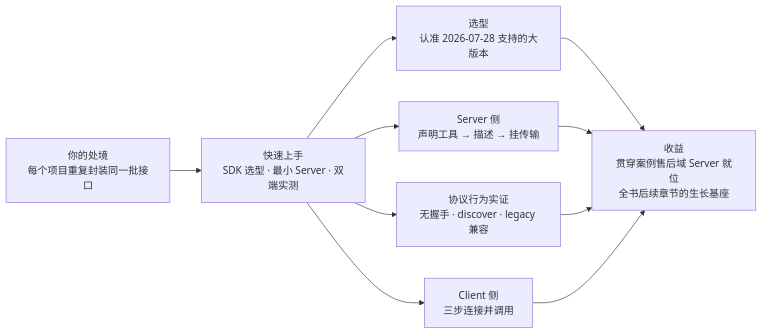
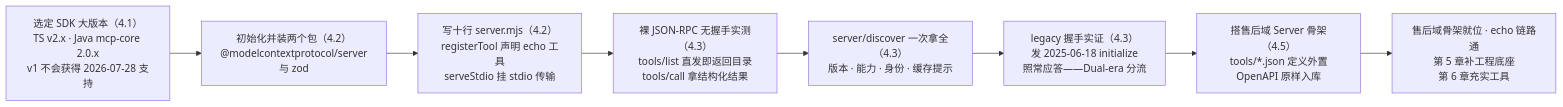
The first of 2 diagrams in books/mcp/chapters/04-quickstart.md (ybak/ai-tutorial), drawn with Mermaid before and after one commit. The commit also changed other lines of this file and 8 other files, not shown here.

First line of the commit message:
docs(mcp): 章首图升级为操作流程图——写作指南双图式规范落地

````diff
--- a/books/mcp/chapters/04-quickstart.md
+++ b/books/mcp/chapters/04-quickstart.md
@@ -11,12 +11,10 @@
 ```mermaid
 flowchart LR
-    A["你的处境<br/>每个项目重复封装同一批接口"] --> B["快速上手<br/>SDK 选型 · 最小 Server · 双端实测"]
-    B --> C["选型<br/>认准 2026-07-28 支持的大版本"]
-    B --> D["Server 侧<br/>声明工具 → 描述 → 挂传输"]
-    B --> E["协议行为实证<br/>无握手 · discover · legacy 兼容"]
-    B --> F["Client 侧<br/>三步连接并调用"]
-    C --> G["收益<br/>贯穿案例售后域 Server 就位<br/>全书后续章节的生长基座"]
-    D --> G
-    E --> G
-    F --> G
+    A["选定 SDK 大版本（4.1）<br/>TS v2.x · Java mcp-core 2.0.x<br/>v1 不会获得 2026-07-28 支持"] --> B["初始化并装两个包（4.2）<br/>@modelcontextprotocol/server<br/>与 zod"]
+    B --> C["写十行 server.mjs（4.2）<br/>registerTool 声明 echo 工具<br/>serveStdio 挂 stdio 传输"]
+    C --> D["裸 JSON-RPC 无握手实测（4.3）<br/>tools/list 直发即返回目录<br/>tools/call 拿结构化结果"]
+    D --> E["server/discover 一次拿全（4.3）<br/>版本 · 能力 · 身份 · 缓存提示"]
+    E --> F["legacy 握手实证（4.3）<br/>发 2025-06-18 initialize<br/>照常应答——Dual-era 分流"]
+    F --> G["搭售后域 Server 骨架（4.5）<br/>tools/*.json 定义外置<br/>OpenAPI 原样入库"]
+    G --> H["售后域骨架就位 · echo 链路通<br/>第 5 章补工程底座<br/>第 6 章充实工具"]
 ```
````
